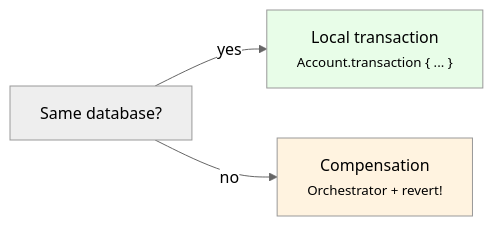
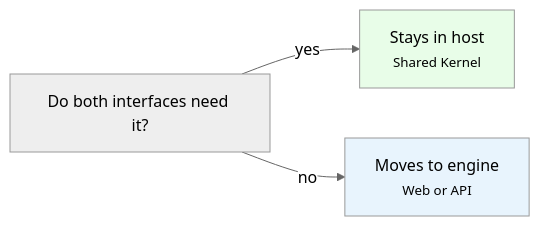
The first of 4 diagrams in README.md (railswhey/app), drawn with Mermaid (neutral theme) before and after one commit. The commit also changed other lines of this file and 259 other files, not shown here.

Commit message:
7D: Extracting Web and API into engines over a headless Shared Kernel

````diff
--- a/README.md
+++ b/README.md
@@ -56,9 +46,9 @@
 ```mermaid
 flowchart LR
-  B["Same database?"]
-  B -->|"yes"| L["Local transaction<br/><small>Account.transaction { ... }</small>"]
-  B -->|"no"| S["Compensation<br/><small>Orchestrator + revert!</small>"]
+  B["Do both interfaces need it?"]
+  B -->|"yes"| K["Stays in host<br/><small>Shared Kernel</small>"]
+  B -->|"no"| E["Moves to engine<br/><small>Web or API</small>"]
 
-  style L fill:#e8fde8
-  style S fill:#fff3e0
+  style K fill:#e8fde8
+  style E fill:#e8f4fd
 ```
````
